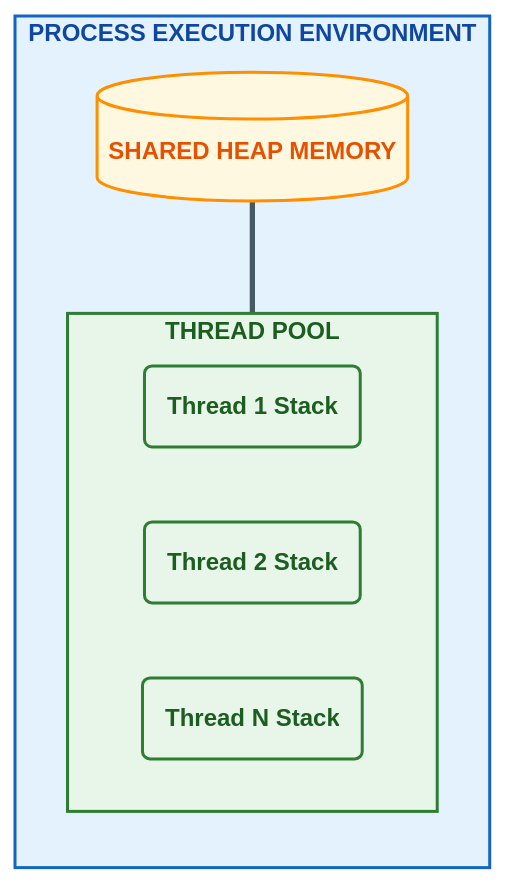
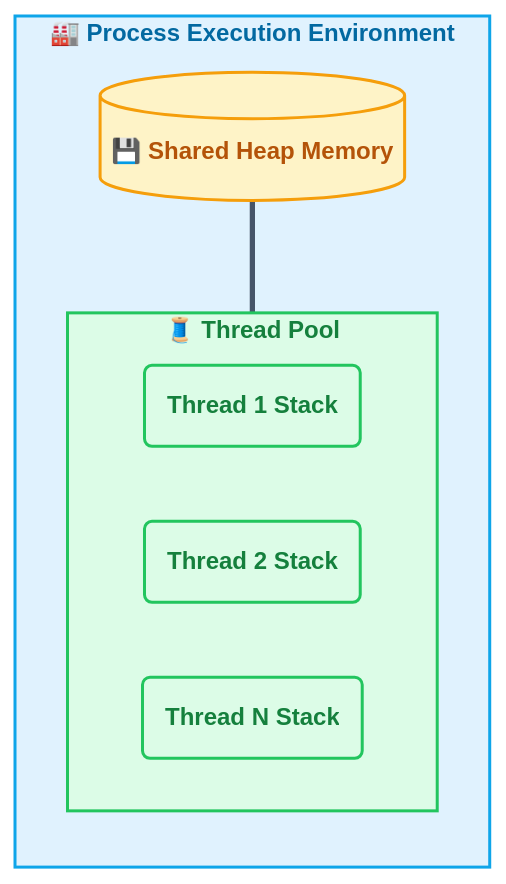
Before and after one commit to RameenAnwar/PDC-SP26-SE: the first of 9 diagrams in SyedMuhammadHuzaifaAshrafi-(23FA-035-SE)/Chapter02/README.md, drawn with Mermaid. The commit also changed other lines of this file and 5 other files, not shown here.

````diff
--- a/SyedMuhammadHuzaifaAshrafi-(23FA-035-SE)/Chapter02/README.md
+++ b/SyedMuhammadHuzaifaAshrafi-(23FA-035-SE)/Chapter02/README.md
@@ -32,24 +32,24 @@
 ```mermaid
-%%{init: {'theme': 'base', 'themeVariables': { 'lineColor': '#455A64', 'primaryColor': '#F5F5F5' }}}%%
+%%{init: {'theme': 'base', 'themeVariables': { 'lineColor': '#475569', 'primaryColor': '#f8fafc', 'primaryTextColor': '#0f172a', 'primaryBorderColor': '#cbd5e1' }}}%%
 flowchart TD
-    %% Pro Max Process vs Thread Visual
-    classDef process fill:#E3F2FD,stroke:#1565C0,stroke-width:2px,color:#0D47A1,font-weight:bold
-    classDef thread fill:#E8F5E9,stroke:#2E7D32,stroke-width:2px,color:#1B5E20,font-weight:bold
-    classDef mem fill:#FFF8E1,stroke:#FF8F00,stroke-width:2px,color:#E65100,font-weight:bold
+    %% Premium Process vs Thread Visual
+    classDef process fill:#e0f2fe,stroke:#0ea5e9,stroke-width:2px,color:#0369a1,font-weight:bold
+    classDef thread fill:#dcfce7,stroke:#22c55e,stroke-width:2px,color:#15803d,font-weight:bold
+    classDef mem fill:#fef3c7,stroke:#f59e0b,stroke-width:2px,color:#b45309,font-weight:bold
     
-    subgraph PROCESS [PROCESS EXECUTION ENVIRONMENT]
+    subgraph PROCESS ["🏭 Process Execution Environment"]
         direction TB
-        RAM[(SHARED HEAP MEMORY)]
+        RAM[("💾 Shared Heap Memory")]
         
-        subgraph THREAD_POOL [THREAD POOL]
+        subgraph THREAD_POOL ["🧵 Thread Pool"]
             direction LR
-            T1(Thread 1 Stack)
-            T2(Thread 2 Stack)
-            T3(Thread N Stack)
+            T1("Thread 1 Stack")
+            T2("Thread 2 Stack")
+            T3("Thread N Stack")
         end
         RAM === THREAD_POOL
     end
     class PROCESS process
     class THREAD_POOL,T1,T2,T3 thread
     class RAM mem
 ```
````
